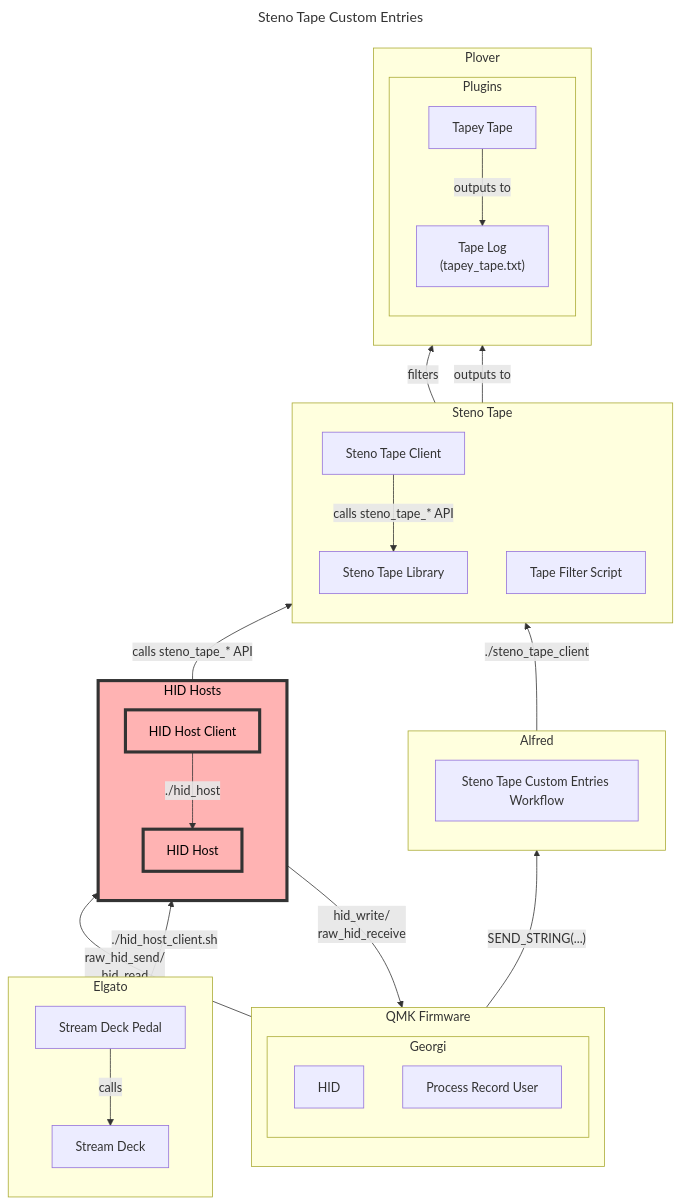
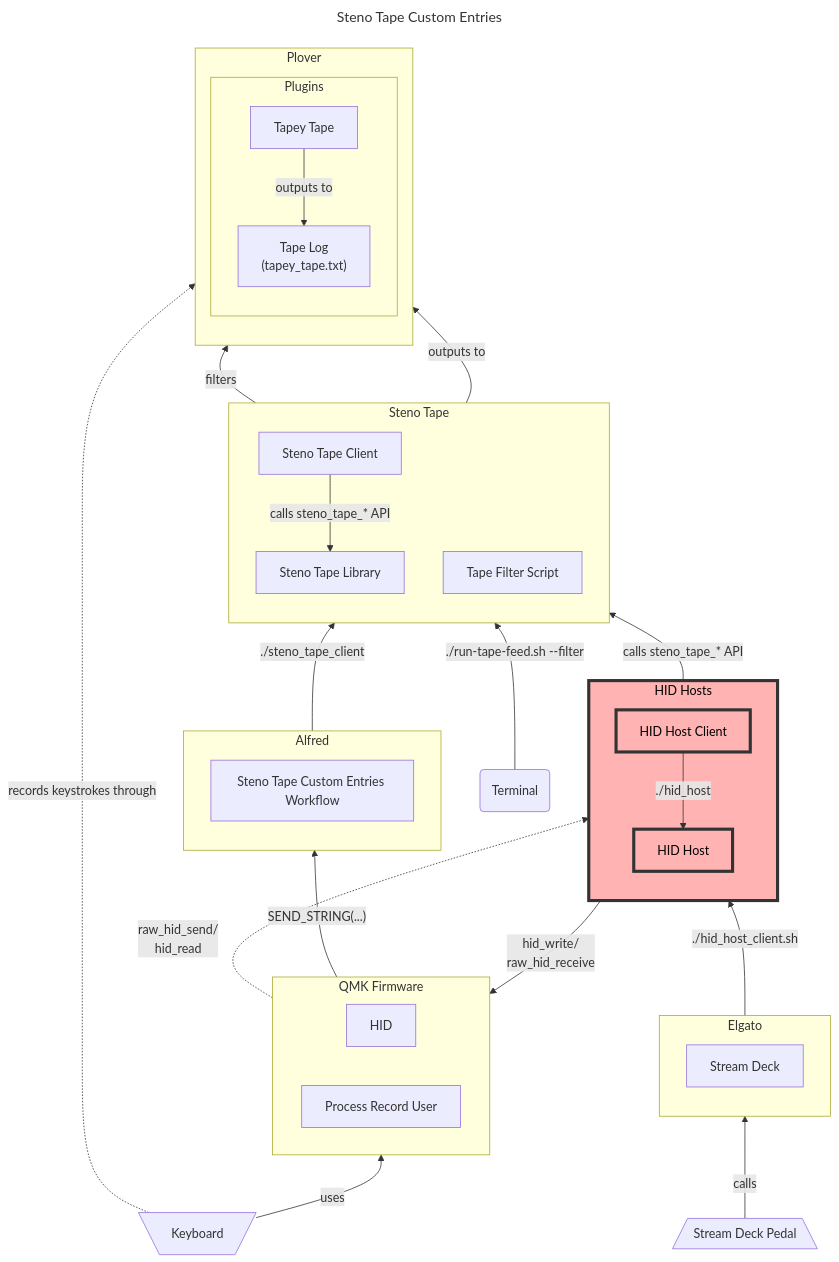
The diagram in README.md (paulfioravanti/hid_hosts), drawn with Mermaid before and after one commit.

Commit message:
Update diagram

````diff
--- a/README.md
+++ b/README.md
@@ -107,15 +107,16 @@
 title: Steno Tape Custom Entries
 ---
 flowchart BT
-  GeorgiHID["HID"]
-  GeorgiProcessRecordUser["Process Record User"]
+  FirmwareHID["HID"]
+  Keyboard[\"Keyboard"/]
+  FirmwareProcessRecordUser["Process Record User"]
   HIDHost["HID Host"]
   HIDHostClient["HID Host Client"]
   StenoTapeLibrary["Steno Tape Library"]
   StenoTapeClient["Steno Tape Client"]
   StenoTapeCustomEntriesWorkflow["Steno Tape Custom Entries Workflow"]
   StreamDeck["Stream Deck"]
-  StreamDeckPedal["Stream Deck Pedal"]
+  StreamDeckPedal[/"Stream Deck Pedal"\]
   TapeyTape[Tapey Tape]
   TapeLogFile["Tape Log\n(tapey_tape.txt)"]
   TapeFilterScript["Tape Filter Script"]
@@ -130,61 +131,59 @@
   subgraph Elgato
     direction TB
     StreamDeck
-    StreamDeckPedal
   end
 
   subgraph HIDHosts["HID Hosts"]
     direction TB
     HIDHost:::current
-    HIDHostClient:::current
+    HIDHostClient:::current -- "`./hid_host`" --> HIDHost
   end
   class HIDHosts current
 
   subgraph QMKFirmware["QMK Firmware"]
-    direction TB
-    subgraph Georgi
-      GeorgiHID
-      GeorgiProcessRecordUser
-    end
+    direction LR
+    FirmwareHID
+    FirmwareProcessRecordUser
   end
 
   subgraph Plover
     direction TB
     subgraph Plugins
-      TapeyTape
       TapeLogFile
+      TapeyTape -- outputs to --> TapeLogFile
     end
   end
 
   subgraph StenoTape["Steno Tape"]
     direction TB
     StenoTapeLibrary
-    StenoTapeClient
+    StenoTapeClient -- "calls steno_tape_* API" --> StenoTapeLibrary
     TapeFilterScript
   end
 
-  TapeyTape -- outputs to --> TapeLogFile
+  Terminal(Terminal) -- "`./run-tape-feed.sh --filter`" --> TapeFilterScript
   TapeFilterScript -- filters --> TapeLogFile
   StenoTapeLibrary -- outputs to --> TapeLogFile
-  StenoTapeClient -- "calls steno_tape_* API" --> StenoTapeLibrary
   StenoTapeCustomEntriesWorkflow -- "`./steno_tape_client`" --> StenoTapeClient
-  GeorgiProcessRecordUser -- "SEND_STRING(...)" --> StenoTapeCustomEntriesWorkflow
+  FirmwareProcessRecordUser -- "SEND_STRING(...)" --> StenoTapeCustomEntriesWorkflow
+  Keyboard -- uses --> QMKFirmware
+  Keyboard -. records keystrokes through .-> TapeyTape
   HIDHost -- "calls steno_tape_* API" --> StenoTapeLibrary
-  HIDHostClient -- "`./hid_host`" --> HIDHost
-  GeorgiHID -- "raw_hid_send/\nhid_read" --> HIDHost
-  HIDHost -- "hid_write/\nraw_hid_receive" --> GeorgiHID
+  FirmwareHID -. "raw_hid_send/\nhid_read" .-> HIDHost
+  HIDHost -- "hid_write/\nraw_hid_receive" --> FirmwareHID
   StreamDeck -- "`./hid_host_client.sh`" --> HIDHostClient
   StreamDeckPedal -- calls --> StreamDeck
 
-  click Dictionaries "https://github.com/paulfioravanti/steno-dictionaries" "Steno Dictionaries" _blank
-  click GeorgiHID "https://github.com/paulfioravanti/qmk_keymaps/blob/master/keyboards/gboards/georgi/keymaps/paulfioravanti/user/hid.c" "Georgi HID" _blank
-  click GeorgiProcessRecordUser "https://github.com/paulfioravanti/qmk_keymaps/blob/master/keyboards/gboards/georgi/keymaps/paulfioravanti/user/process_record_user.c" "Georgi Process Record User" _blank
-  click HIDHost "https://github.com/paulfioravanti/hid_hosts/blob/main/hid_host.c" "HID Host" _blank
-  click HIDHostClient "https://github.com/paulfioravanti/hid_hosts/blob/main/hid_host_client.sh" "HID Host Client" _blank
-  click StenoTapeClient "https://github.com/paulfioravanti/steno_tape/blob/main/clients/steno_tape_client.c" "Steno Tape Client" _blank
-  click StenoTapeCustomEntriesWorkflow "https://github.com/paulfioravanti/dotfiles/tree/master/macos/alfred" "Steno Tape Custom Entries Workflow" _blank
-  click StenoTapeLibrary "https://github.com/paulfioravanti/steno_tape/blob/main/src/steno_tape.c" "Steno Tape" _blank
-  click StreamDeck "https://www.elgato.com/us/en/s/welcome-to-stream-deck" "Stream Deck" _blank
-  click TapeyTape "https://github.com/rabbitgrowth/plover-tapey-tape" "Tapey Tape" _blank
-  click TapeFilterScript "https://github.com/paulfioravanti/steno_tape/blob/main/bin/run-tape-feed.sh" "Tape Filter Script" _blank
+  click Dictionaries href "https://github.com/paulfioravanti/steno-dictionaries" "Steno Dictionaries" _blank
+  click FirmwareHID href "https://github.com/paulfioravanti/qmk_keymaps/blob/master/keyboards/gboards/georgi/keymaps/paulfioravanti/user/hid.c" "Georgi HID" _blank
+  click FirmwareProcessRecordUser href "https://github.com/paulfioravanti/qmk_keymaps/blob/master/keyboards/gboards/georgi/keymaps/paulfioravanti/user/process_record_user.c" "Georgi Process Record User" _blank
+  click HIDHost href "https://github.com/paulfioravanti/hid_hosts/blob/main/hid_host.c" "HID Host" _blank
+  click HIDHostClient href "https://github.com/paulfioravanti/hid_hosts/blob/main/hid_host_client.sh" "HID Host Client" _blank
+  click StenoTapeClient href "https://github.com/paulfioravanti/steno_tape/blob/main/clients/steno_tape_client.c" "Steno Tape Client" _blank
+  click StenoTapeCustomEntriesWorkflow href "https://github.com/paulfioravanti/dotfiles/tree/master/macos/alfred" "Steno Tape Custom Entries Workflow" _blank
+  click StenoTapeLibrary href "https://github.com/paulfioravanti/steno_tape/blob/main/src/steno_tape.c" "Steno Tape" _blank
+  click StreamDeck href "https://www.elgato.com/us/en/s/welcome-to-stream-deck" "Stream Deck" _blank
+  click StreamDeckPedal href "https://www.elgato.com/us/en/p/stream-deck-pedal" "Stream Deck Pedal" _blank
+  click TapeyTape href "https://github.com/rabbitgrowth/plover-tapey-tape" "Tapey Tape" _blank
+  click TapeFilterScript href "https://github.com/paulfioravanti/steno_tape/blob/main/bin/run-tape-feed.sh" "Tape Filter Script" _blank
 ```
````
